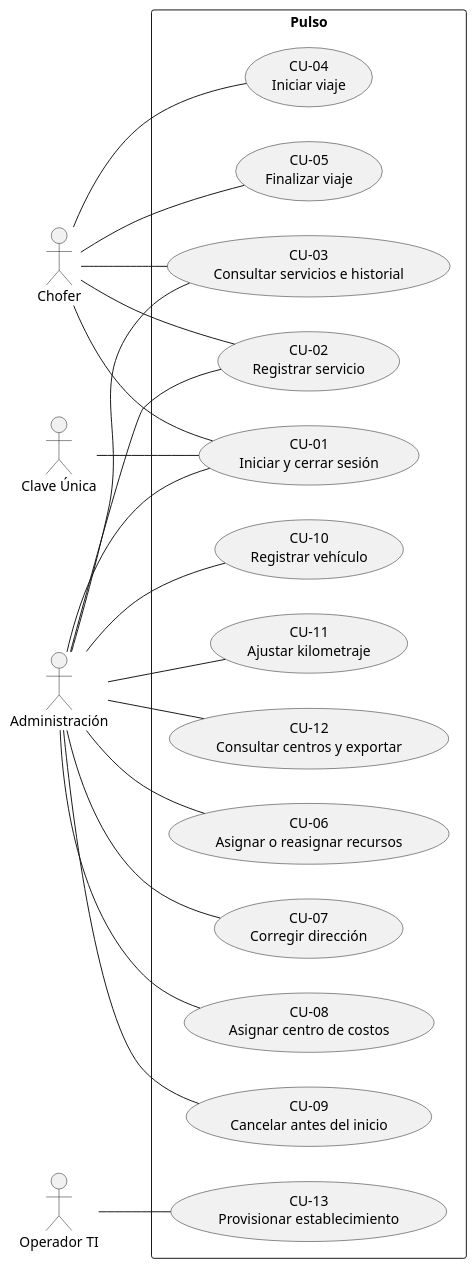
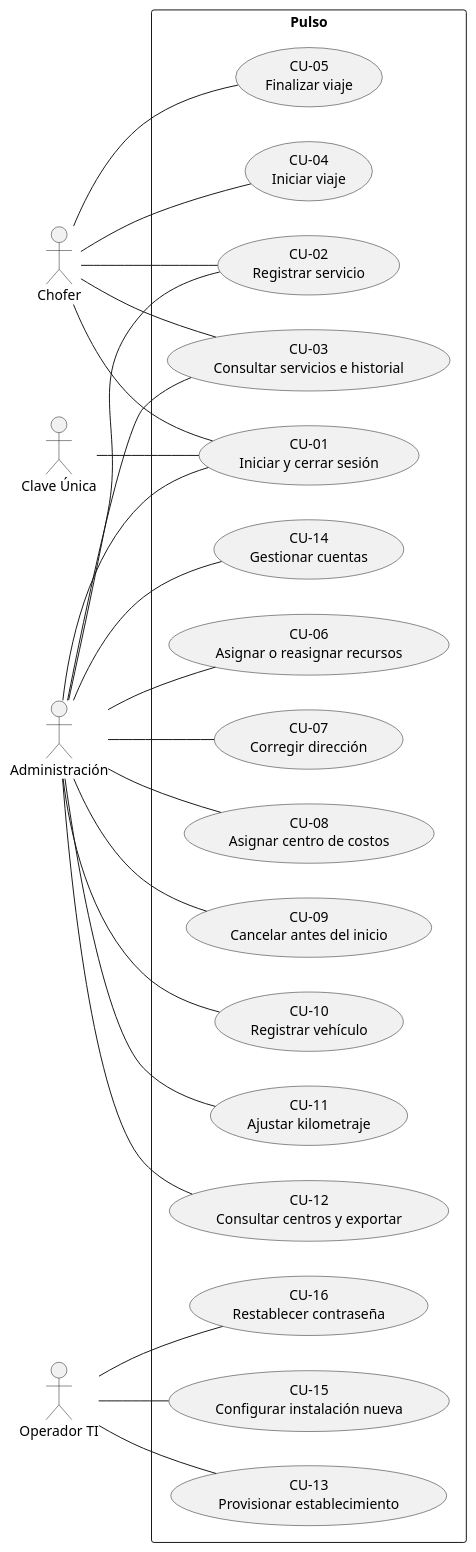
Before and after one commit to daviddimd/Pulso: the diagram in docs/entrega-ti-2026-11-22/UML-casos-de-uso.puml, drawn with PlantUML. The commit also changed 14 other files, not shown here.

First line of the commit message:
Actualiza la entrega TI con configuración inicial, cuentas y restablecimiento de contraseña

```diff
--- a/docs/entrega-ti-2026-11-22/UML-casos-de-uso.puml
+++ b/docs/entrega-ti-2026-11-22/UML-casos-de-uso.puml
@@ -1,39 +1,45 @@
 @startuml
 left to right direction
 actor Chofer
 actor "Administración" as Admin
 actor "Operador TI" as TI
 actor "Clave Única" as CU
 rectangle Pulso {
   usecase "CU-01\nIniciar y cerrar sesión" as CU01
   usecase "CU-02\nRegistrar servicio" as CU02
   usecase "CU-03\nConsultar servicios e historial" as CU03
   usecase "CU-04\nIniciar viaje" as CU04
   usecase "CU-05\nFinalizar viaje" as CU05
   usecase "CU-06\nAsignar o reasignar recursos" as CU06
   usecase "CU-07\nCorregir dirección" as CU07
   usecase "CU-08\nAsignar centro de costos" as CU08
   usecase "CU-09\nCancelar antes del inicio" as CU09
   usecase "CU-10\nRegistrar vehículo" as CU10
   usecase "CU-11\nAjustar kilometraje" as CU11
   usecase "CU-12\nConsultar centros y exportar" as CU12
   usecase "CU-13\nProvisionar establecimiento" as CU13
+  usecase "CU-14\nGestionar cuentas" as CU14
+  usecase "CU-15\nConfigurar instalación nueva" as CU15
+  usecase "CU-16\nRestablecer contraseña" as CU16
 }
 Chofer -- CU01
 Admin -- CU01
 Chofer -- CU02
 Admin -- CU02
 Chofer -- CU03
 Admin -- CU03
 Chofer -- CU04
 Chofer -- CU05
 Admin -- CU06
 Admin -- CU07
 Admin -- CU08
 Admin -- CU09
 Admin -- CU10
 Admin -- CU11
 Admin -- CU12
 TI -- CU13
+Admin -- CU14
+TI -- CU15
+TI -- CU16
 CU -- CU01
 @enduml
```
